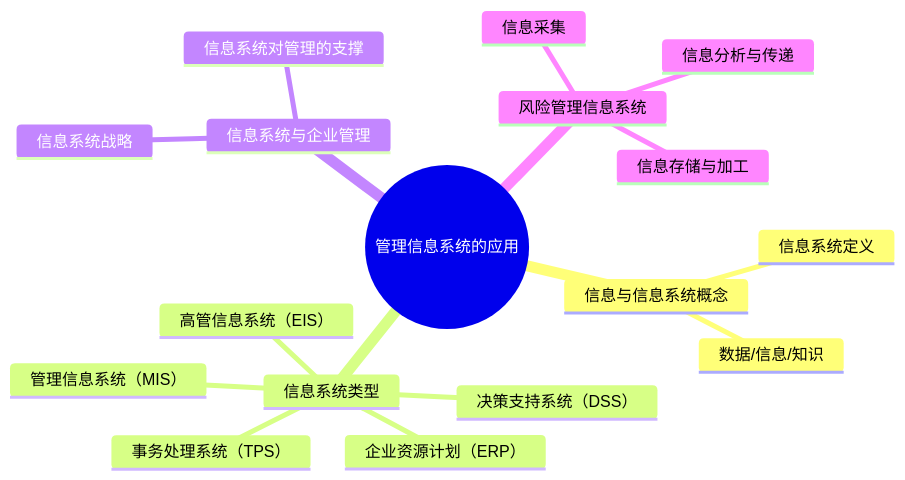
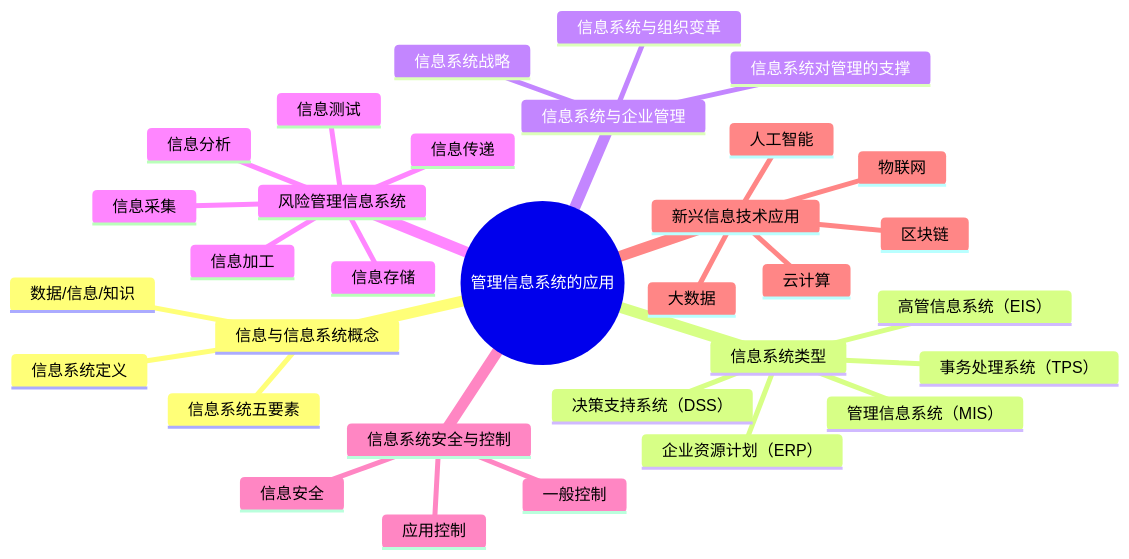
The diagram in content/learn/cpa/05-strategy/08-mis-application.md (106-official/deepsleep-blog), drawn with Mermaid before and after one commit. The commit also changed other lines of this file and 20 other files, not shown here.

````diff
--- a/content/learn/cpa/05-strategy/08-mis-application.md
+++ b/content/learn/cpa/05-strategy/08-mis-application.md
@@ -40,20 +67,35 @@
 ```mermaid
 mindmap
   root((管理信息系统的应用))
     信息与信息系统概念
       数据/信息/知识
       信息系统定义
+      信息系统五要素
     信息系统类型
       事务处理系统（TPS）
       管理信息系统（MIS）
       决策支持系统（DSS）
       高管信息系统（EIS）
       企业资源计划（ERP）
     信息系统与企业管理
       信息系统对管理的支撑
       信息系统战略
+      信息系统与组织变革
     风险管理信息系统
       信息采集
-      信息存储与加工
-      信息分析与传递
+      信息存储
+      信息加工
+      信息分析
+      信息测试
+      信息传递
+    信息系统安全与控制
+      信息安全
+      一般控制
+      应用控制
+    新兴信息技术应用
+      大数据
+      云计算
+      人工智能
+      物联网
+      区块链
 ```
````
